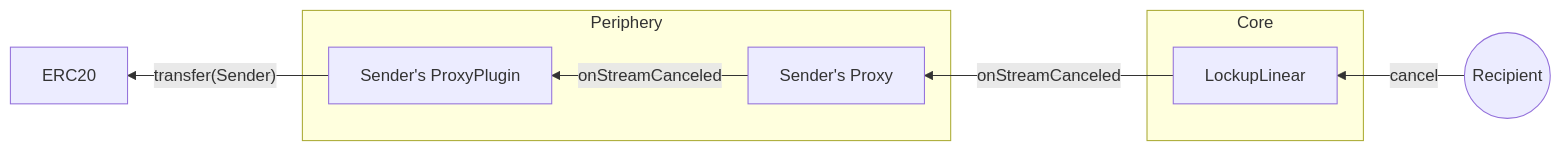
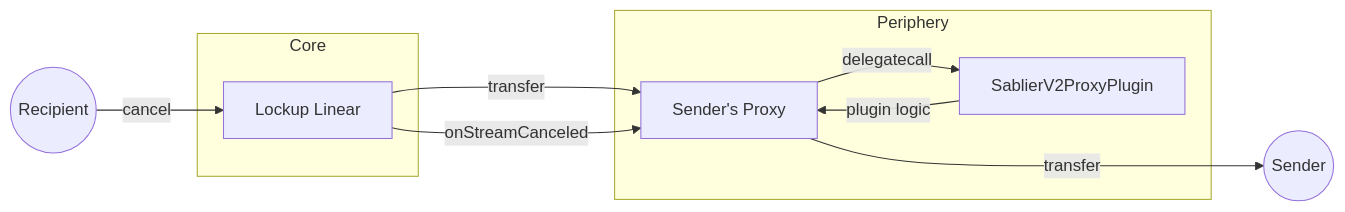
One commit to sablier-labs/docs changed the eighth of 8 diagrams in docs/contracts/v2/reference/02-diagrams.md. Above: the diagram before and after it, drawn with Mermaid. The commit also changed other lines of this file, not shown here.

First line of the commit message:
Improve diagrams  (#67)

````diff
--- a/docs/contracts/v2/reference/02-diagrams.md
+++ b/docs/contracts/v2/reference/02-diagrams.md
@@ -183,16 +197,19 @@
 ```mermaid
-flowchart RL
+flowchart LR
+  R((Recipient))
+  subgraph Core
+    LL[Lockup Linear]
+  end
   subgraph Periphery
     P[Sender's Proxy]
-    PP[Sender's ProxyPlugin]
+    PP[SablierV2ProxyPlugin]
   end
-  subgraph Core
-    LL[LockupLinear]
-  end
-  R((Recipient))
-  E[ERC20]
+  S((Sender))
+
   R -- "cancel" --> LL
+  LL -- "transfer" --> P
   LL -- "onStreamCanceled" --> P
-  P -- "onStreamCanceled" --> PP
-  PP -- "transfer(Sender)" --> E
+  P -- "delegatecall" --> PP
+  PP -- "plugin logic" --> P
+  P -- "transfer" ---> S
 ```
````
